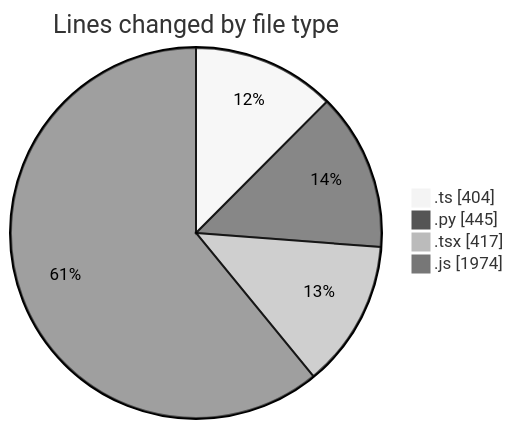
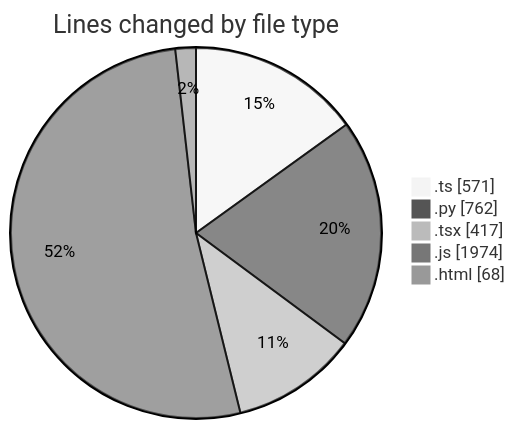
The first of 2 diagrams in 2025-05-19/niten/README.md (Elitesun/code-tracking), drawn with Mermaid (neutral theme) before and after one commit. The commit also changed other lines of this file and 1 other file, not shown here.

````diff
--- a/2025-05-19/niten/README.md
+++ b/2025-05-19/niten/README.md
@@ -31,8 +36,9 @@
 ```mermaid
 pie showData
 title Lines changed by file type
-".ts" : 404
-".py" : 445
+".ts" : 571
+".py" : 762
 ".tsx" : 417
 ".js" : 1974
+".html" : 68
 ```
````
